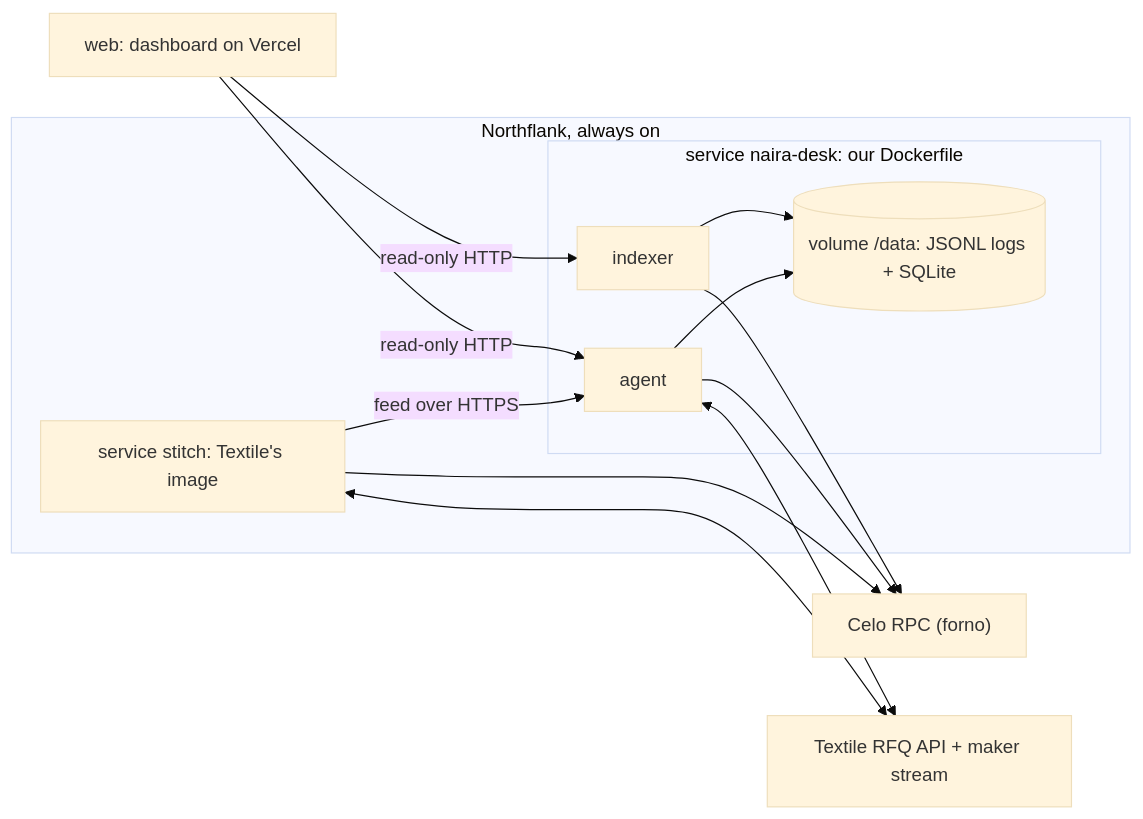
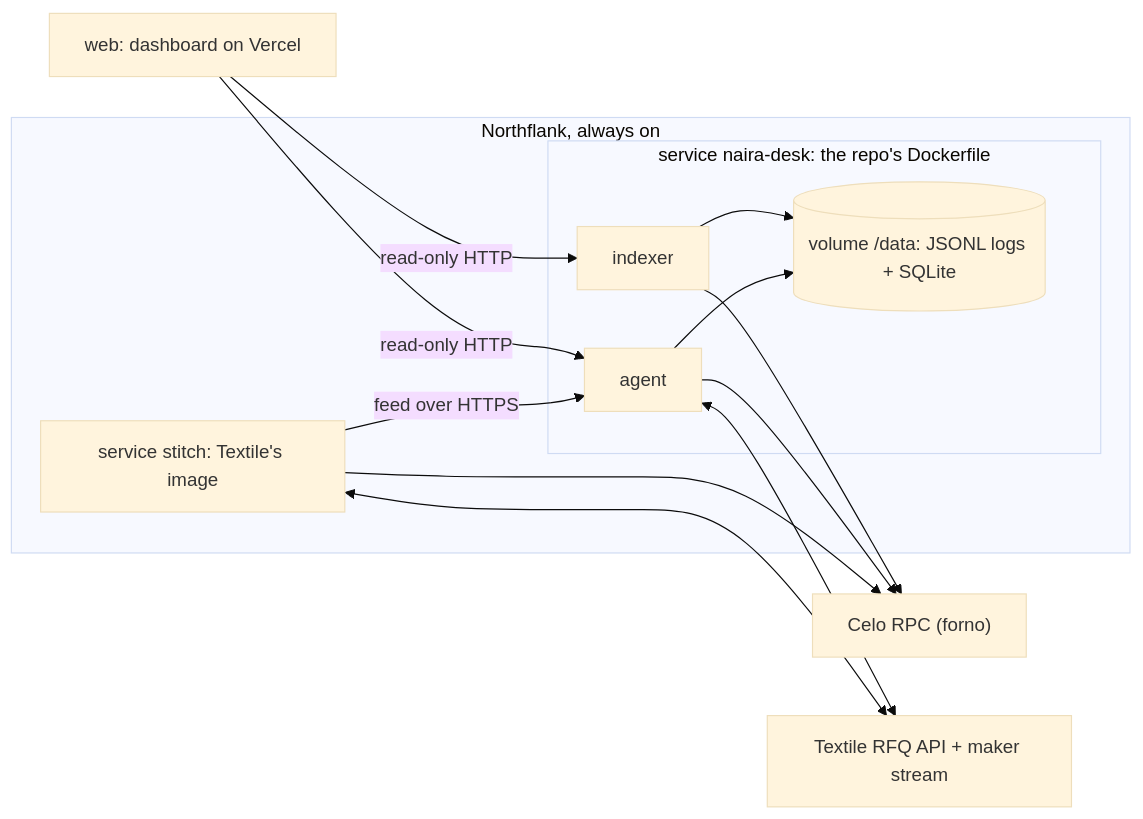
One commit to Kanasjnr/naira-desk changed the third of 11 diagrams in docs/ARCHITECTURE.md. Above: the diagram before and after it, drawn with Mermaid (base theme). The commit also changed other lines of this file and 2 other files, not shown here.

````diff
--- a/docs/ARCHITECTURE.md
+++ b/docs/ARCHITECTURE.md
@@ -174,24 +174,24 @@
 ```mermaid
 flowchart LR
   subgraph NF["Northflank, always on"]
-    subgraph DESK["service naira-desk: our Dockerfile"]
+    subgraph DESK["service naira-desk: the repo's Dockerfile"]
       AGT["agent"]
       IDXR["indexer"]
       DB[("volume /data: JSONL logs + SQLite")]
     end
     STI["service stitch: Textile's image"]
   end
   WEB["web: dashboard on Vercel"]
   RPC["Celo RPC (forno)"]
   TEX["Textile RFQ API + maker stream"]
   STI -->|"feed over HTTPS"| AGT
   STI <--> TEX
   AGT <--> TEX
   AGT --> DB
   IDXR --> DB
   AGT --> RPC
   IDXR --> RPC
   STI --> RPC
   WEB -->|read-only HTTP| AGT
   WEB -->|read-only HTTP| IDXR
 ```
````
